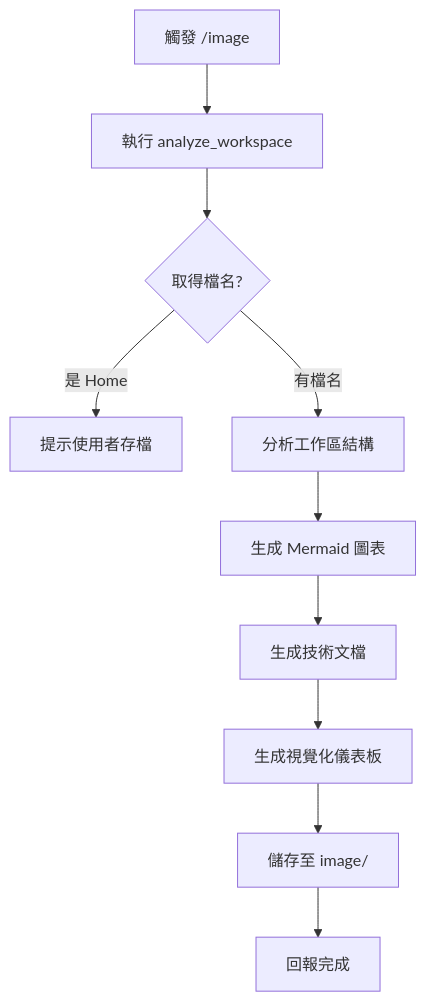
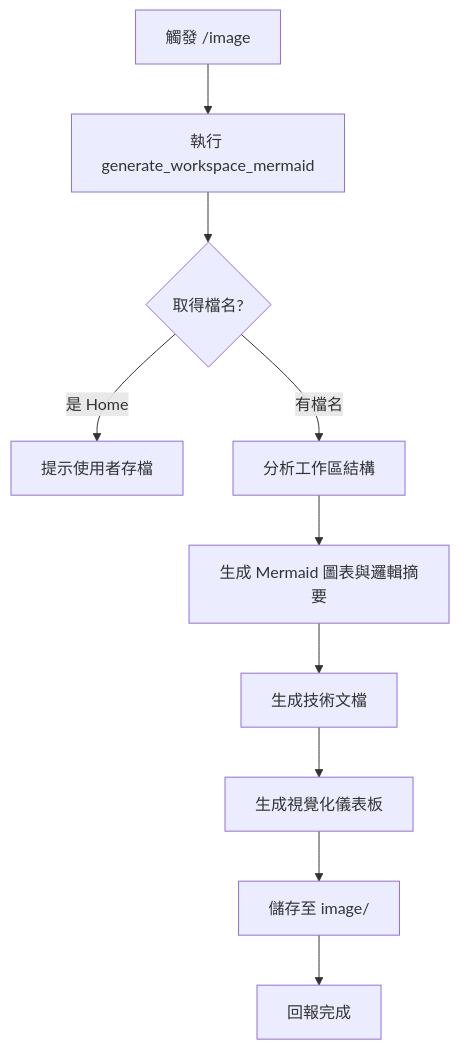
Before and after one commit to ChimingLu/AutodeskDynamo_MCP: the diagram in domain/commands/image.md, drawn with Mermaid. The commit also changed other lines of this file and 7 other files, not shown here.

Commit message:
feat:新增Mermaid Skill

````diff
--- a/domain/commands/image.md
+++ b/domain/commands/image.md
@@ -17,12 +17,12 @@
 ```mermaid
 flowchart TD
-    A[觸發 /image] --> B[執行 analyze_workspace]
-    B --> C{取得檔名?}
+   A[觸發 /image] --> B[執行 generate_workspace_mermaid]
+   B --> C{取得檔名?}
     C -->|是 Home| D[提示使用者存檔]
-    C -->|有檔名| E[分析工作區結構]
-    E --> F[生成 Mermaid 圖表]
+   C -->|有檔名| E[分析工作區結構]
+   E --> F[生成 Mermaid 圖表與邏輯摘要]
     F --> G[生成技術文檔]
     G --> H[生成視覺化儀表板]
     H --> I[儲存至 image/]
     I --> J[回報完成]
 ```
````
